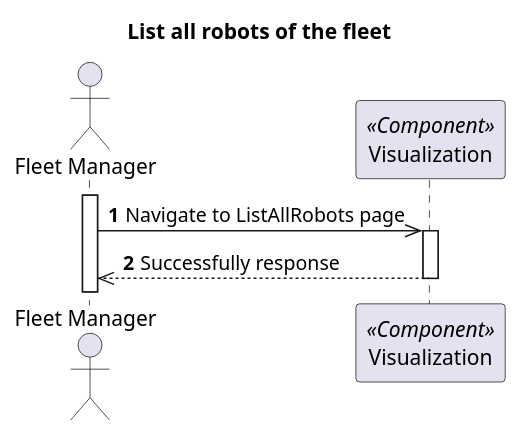
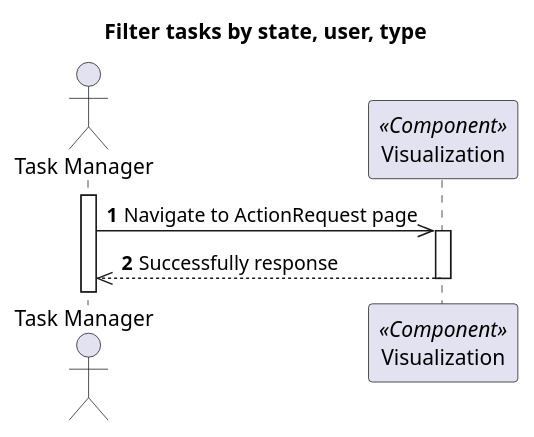
The diagram in docs/VistaProcesso/US490/Visualization/ProcessView_Level2_US1030.puml (1210910/lapr5), drawn with PlantUML before and after one commit. The commit also changed 11 other files, not shown here.

Commit message:
S5P-115,S5P-116,S5P-117 fix process diagrams

```diff
--- a/docs/VistaProcesso/US490/Visualization/ProcessView_Level2_US1030.puml
+++ b/docs/VistaProcesso/US490/Visualization/ProcessView_Level2_US1030.puml
@@ -1,18 +1,18 @@
 @startuml
 'https://plantuml.com/sequence-diagram
 
 autonumber
 skinparam packageStyle rect
 
-title List all robots of the fleet
+title Filter tasks by state, user, type
 
-actor "Fleet Manager" as FM
+actor "Task Manager" as FM
 participant "Visualization" as MD <<Component>>
 
 activate FM
-FM->> MD : Navigate to ListAllRobots page
+FM->> MD : Navigate to ActionRequest page
 
 activate MD
 FM<<--- MD : Successfully response
 deactivate MD
 @enduml
```
